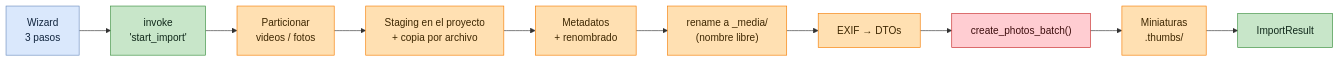
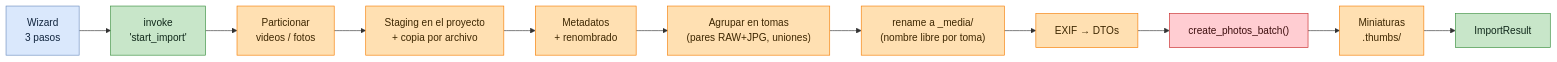
The first of 9 diagrams in docs/useCases/flujo-importar-imagenes.md (everitosan/lumik), drawn with Mermaid before and after one commit. The commit also changed other lines of this file and 75 other files, not shown here.

First line of the commit message:
feat(desktop): pares RAW+JPEG y entrega del JPG de cámara

````diff
--- a/docs/useCases/flujo-importar-imagenes.md
+++ b/docs/useCases/flujo-importar-imagenes.md
@@ -17,24 +21,25 @@
 ```mermaid
 flowchart LR
     W["Wizard<br/>3 pasos"]
     I["invoke<br/>'start_import'"]
     P["Particionar<br/>videos / fotos"]
     C["Staging en el proyecto<br/>+ copia por archivo"]
     M["Metadatos<br/>+ renombrado"]
-    D["rename a _media/<br/>(nombre libre)"]
+    G["Agrupar en tomas<br/>(pares RAW+JPG, uniones)"]
+    D["rename a _media/<br/>(nombre libre por toma)"]
     X["EXIF → DTOs"]
     B["create_photos_batch()"]
     T["Miniaturas<br/>.thumbs/"]
     R["ImportResult"]
 
-    W --> I --> P --> C --> M --> D --> X --> B --> T --> R
+    W --> I --> P --> C --> M --> G --> D --> X --> B --> T --> R
 
     classDef ui fill:#dae8fc,stroke:#6c8ebf,color:#10243d
     classDef ipc fill:#c8e6c9,stroke:#388e3c,color:#10281a
     classDef be fill:#ffe0b2,stroke:#f57c00,color:#3d2600
     classDef db fill:#ffcdd2,stroke:#c62828,color:#3d0d0d
     class W ui
     class I,R ipc
-    class P,C,M,D,X,T be
+    class P,C,M,G,D,X,T be
     class B db
 ```
````
